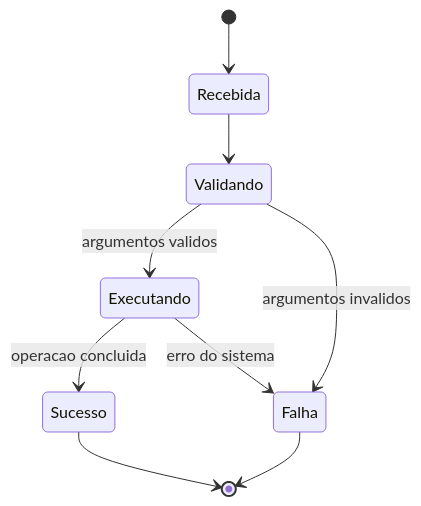
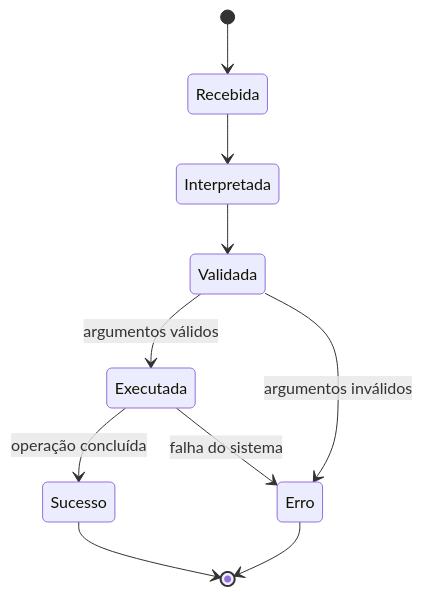
Before and after one commit to mnl-nox/file-manager: the second of 2 diagrams in doc/modelagem.md, drawn with Mermaid. The commit also changed other lines of this file and 5 other files, not shown here.

````diff
--- a/doc/modelagem.md
+++ b/doc/modelagem.md
@@ -69,11 +33,12 @@
 ```mermaid
 stateDiagram-v2
     [*] --> Recebida
-    Recebida --> Validando
-    Validando --> Executando: argumentos validos
-    Validando --> Falha: argumentos invalidos
-    Executando --> Sucesso: operacao concluida
-    Executando --> Falha: erro do sistema
+    Recebida --> Interpretada
+    Interpretada --> Validada
+    Validada --> Executada: argumentos válidos
+    Validada --> Erro: argumentos inválidos
+    Executada --> Sucesso: operação concluída
+    Executada --> Erro: falha do sistema
     Sucesso --> [*]
-    Falha --> [*]
+    Erro --> [*]
 ```
````
